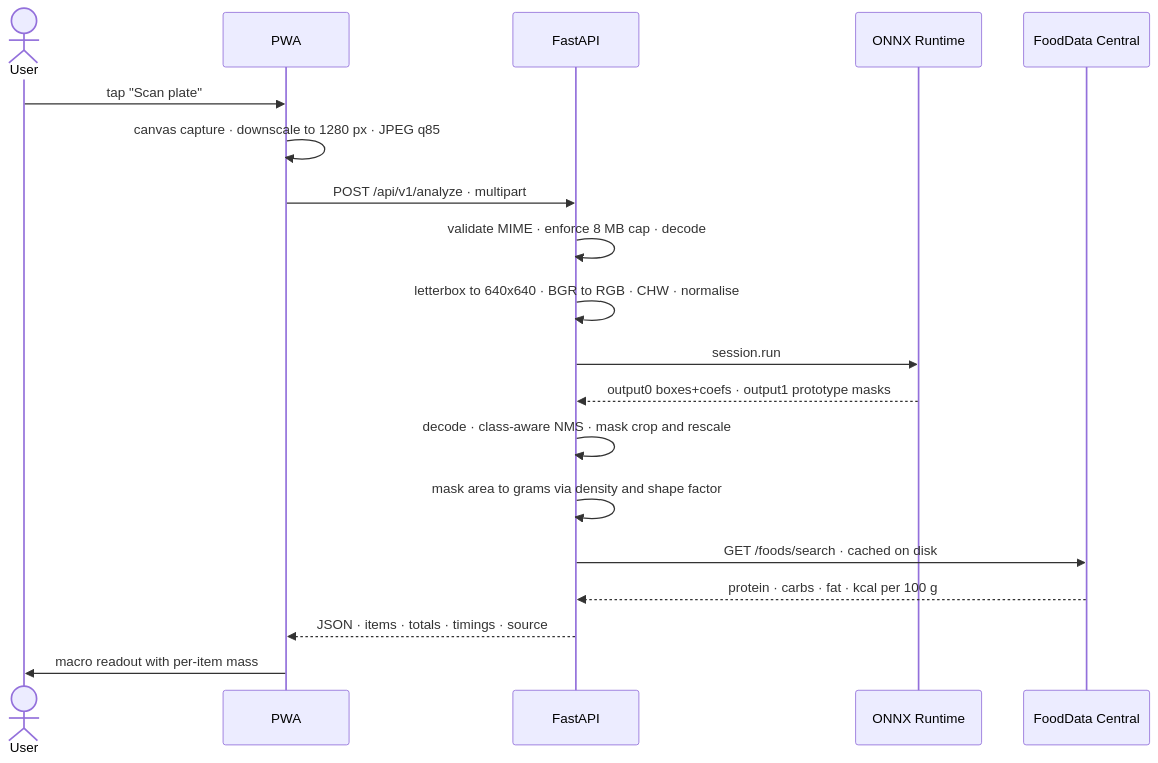
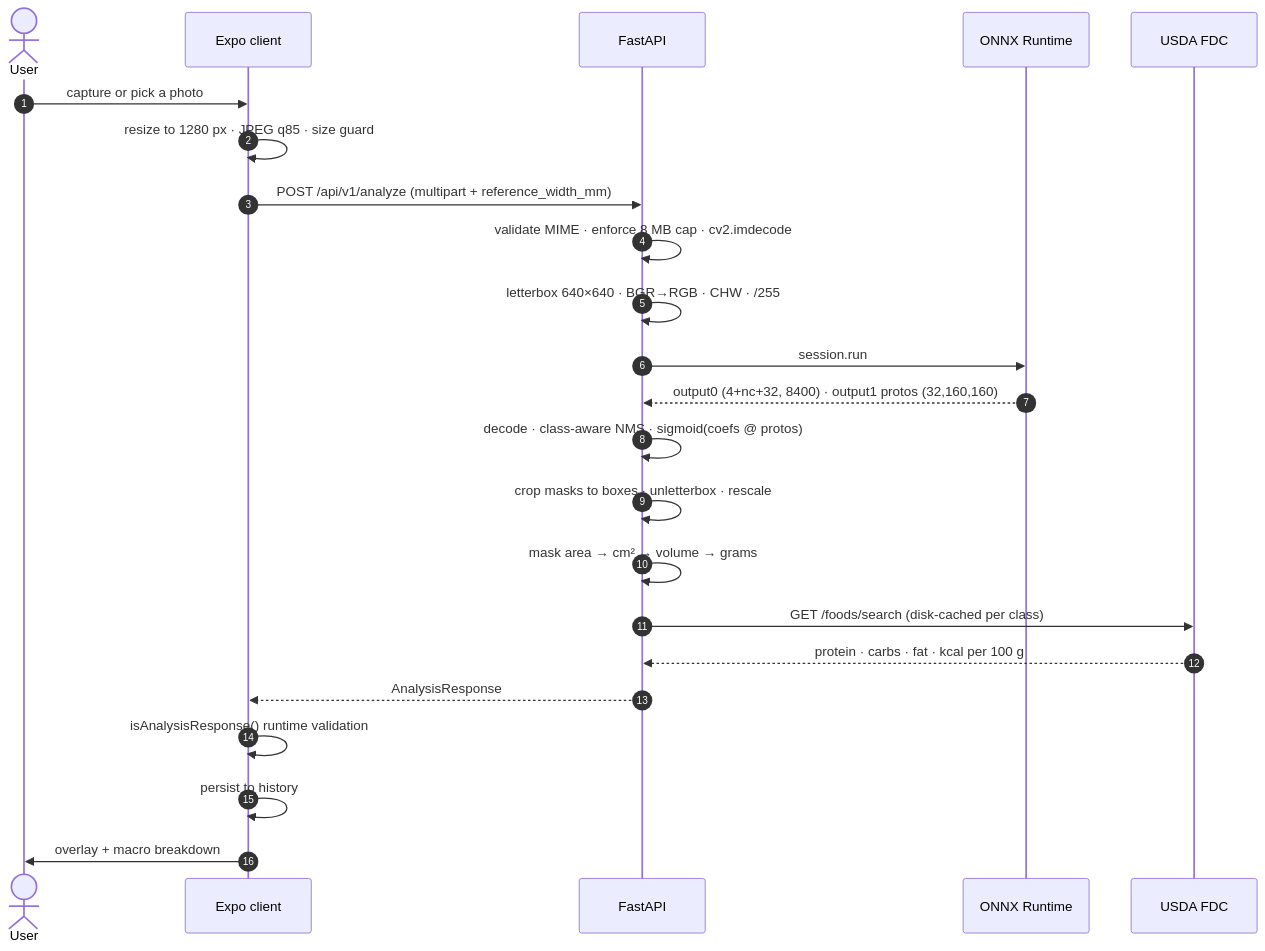
Before and after one commit to Zen-Daitsu/Nutrivision: the fifth of 9 diagrams in README.md, drawn with Mermaid. The commit also changed other lines of this file, not shown here.

````diff
--- a/README.md
+++ b/README.md
@@ -187,22 +254,26 @@
 ```mermaid
 sequenceDiagram
-    actor User
-    participant PWA
-    participant API as FastAPI
-    participant ORT as ONNX Runtime
-    participant USDA as FoodData Central
+    autonumber
+    actor U as User
+    participant C as Expo client
+    participant A as FastAPI
+    participant O as ONNX Runtime
+    participant N as USDA FDC
 
-    User->>PWA: tap "Scan plate"
-    PWA->>PWA: canvas capture · downscale to 1280 px · JPEG q85
-    PWA->>API: POST /api/v1/analyze · multipart
-    API->>API: validate MIME · enforce 8 MB cap · decode
-    API->>API: letterbox to 640x640 · BGR to RGB · CHW · normalise
-    API->>ORT: session.run
-    ORT-->>API: output0 boxes+coefs · output1 prototype masks
-    API->>API: decode · class-aware NMS · mask crop and rescale
-    API->>API: mask area to grams via density and shape factor
-    API->>USDA: GET /foods/search · cached on disk
-    USDA-->>API: protein · carbs · fat · kcal per 100 g
-    API-->>PWA: JSON · items · totals · timings · source
-    PWA->>User: macro readout with per-item mass
+    U->>C: capture or pick a photo
+    C->>C: resize to 1280 px · JPEG q85 · size guard
+    C->>A: POST /api/v1/analyze (multipart + reference_width_mm)
+    A->>A: validate MIME · enforce 8 MB cap · cv2.imdecode
+    A->>A: letterbox 640×640 · BGR→RGB · CHW · /255
+    A->>O: session.run
+    O-->>A: output0 (4+nc+32, 8400) · output1 protos (32,160,160)
+    A->>A: decode · class-aware NMS · sigmoid(coefs @ protos)
+    A->>A: crop masks to boxes · unletterbox · rescale
+    A->>A: mask area → cm² → volume → grams
+    A->>N: GET /foods/search (disk-cached per class)
+    N-->>A: protein · carbs · fat · kcal per 100 g
+    A-->>C: AnalysisResponse
+    C->>C: isAnalysisResponse() runtime validation
+    C->>C: persist to history
+    C->>U: overlay + macro breakdown
 ```
````
